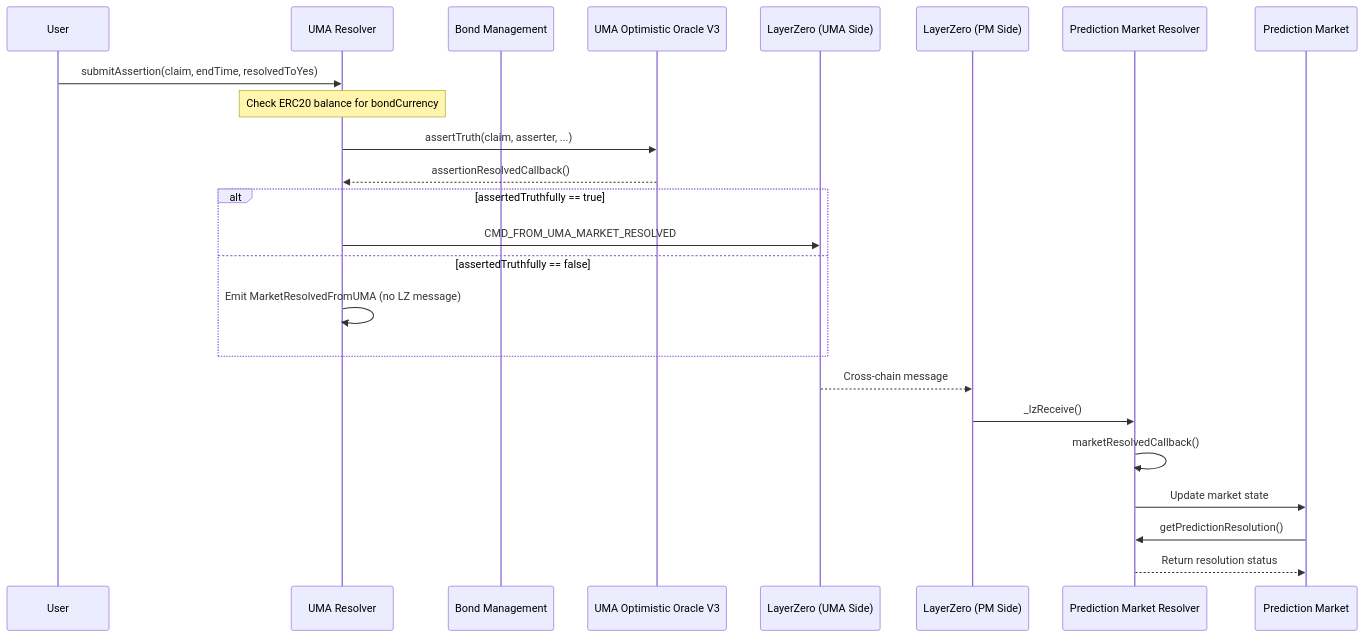
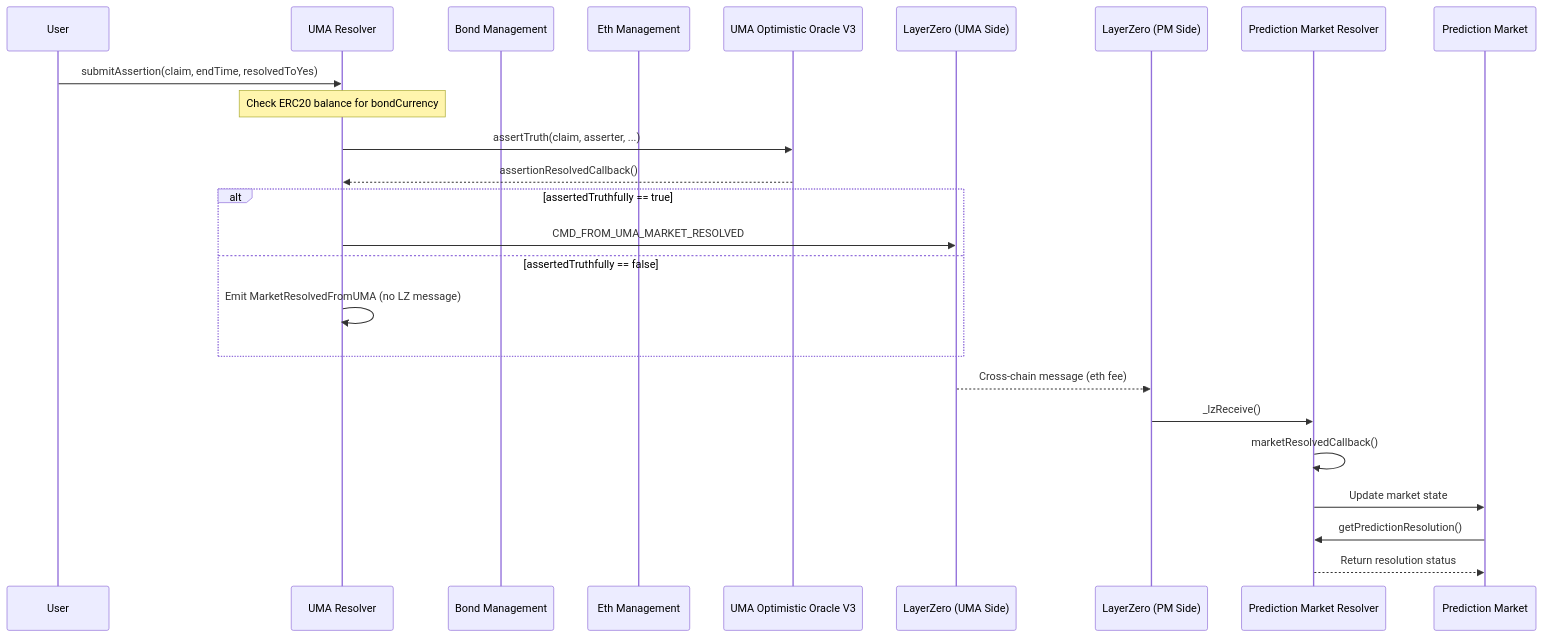
One commit to engsudal909/sapience-1 changed the second of 8 diagrams in packages/protocol/src/predictionMarket/resolvers/LZ_DIAGRAMS.md. Above: the diagram before and after it, drawn with Mermaid. The commit also changed other lines of this file, not shown here.

````diff
--- a/packages/protocol/src/predictionMarket/resolvers/LZ_DIAGRAMS.md
+++ b/packages/protocol/src/predictionMarket/resolvers/LZ_DIAGRAMS.md
@@ -35,31 +37,32 @@
 ```mermaid
 sequenceDiagram
     participant User
     participant UMR as UMA Resolver
     participant Bonds as Bond Management
+    participant Eth as Eth Management
     participant UMA as UMA Optimistic Oracle V3
     participant LZ2 as LayerZero (UMA Side)
     participant LZ1 as LayerZero (PM Side)
     participant PMR as Prediction Market Resolver
     participant PM as Prediction Market
     
     User->>UMR: submitAssertion(claim, endTime, resolvedToYes)
     
     Note over UMR: Check ERC20 balance for bondCurrency
     UMR->>UMA: assertTruth(claim, asserter, ...)
     
     UMA-->>UMR: assertionResolvedCallback()
     alt assertedTruthfully == true
         UMR->>LZ2: CMD_FROM_UMA_MARKET_RESOLVED
     else assertedTruthfully == false
         UMR->>UMR: Emit MarketResolvedFromUMA (no LZ message)
     end
-    LZ2-->>LZ1: Cross-chain message
+    LZ2-->>LZ1: Cross-chain message (eth fee)
     LZ1->>PMR: _lzReceive()
     
     PMR->>PMR: marketResolvedCallback()
     PMR->>PM: Update market state
     
     PM->>PMR: getPredictionResolution()
     PMR-->>PM: Return resolution status
 ```
````
